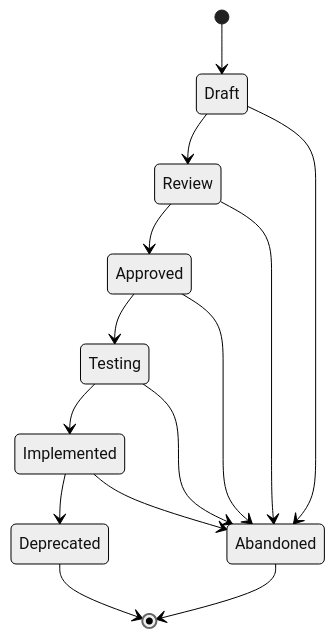
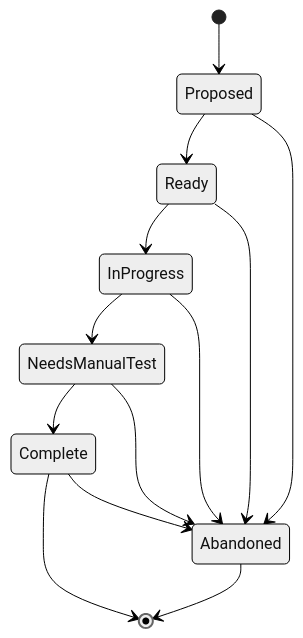
One commit to cristoslc/tidegate changed the diagram in .agents/skills/swain-design/references/spec-definition.md. Above: the diagram before and after it, drawn with Mermaid (neutral theme). The commit also changed other lines of this file and 260 other files, not shown here.

````diff
--- a/.agents/skills/swain-design/references/spec-definition.md
+++ b/.agents/skills/swain-design/references/spec-definition.md
@@ -5,16 +7,15 @@
 ```mermaid
 stateDiagram-v2
-    [*] --> Draft
-    Draft --> Review
-    Review --> Approved
-    Approved --> Testing
-    Testing --> Implemented
-    Implemented --> Deprecated
-    Deprecated --> [*]
-    Draft --> Abandoned
-    Review --> Abandoned
-    Approved --> Abandoned
-    Testing --> Abandoned
-    Implemented --> Abandoned
+    [*] --> Proposed
+    Proposed --> Ready
+    Ready --> InProgress
+    InProgress --> NeedsManualTest
+    NeedsManualTest --> Complete
+    Complete --> [*]
+    Proposed --> Abandoned
+    Ready --> Abandoned
+    InProgress --> Abandoned
+    NeedsManualTest --> Abandoned
+    Complete --> Abandoned
     Abandoned --> [*]
 ```
````
